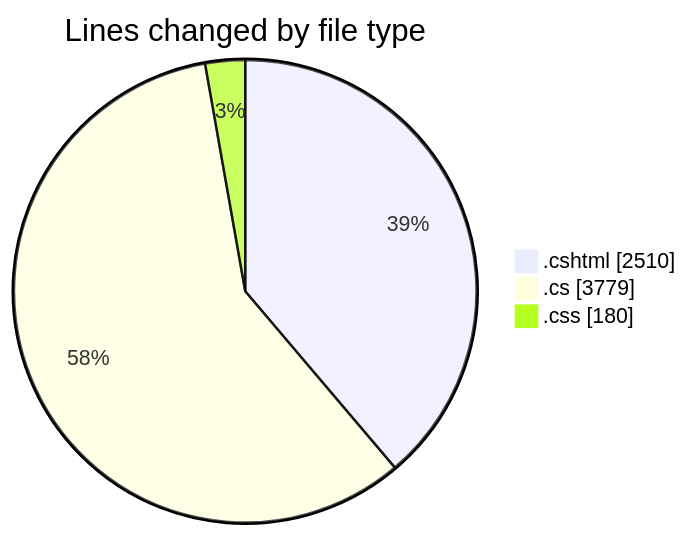
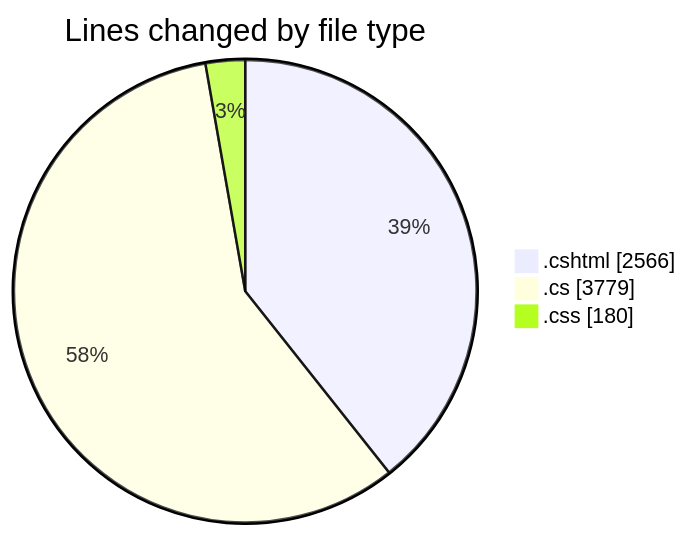
Before and after one commit to lephambinh05/code-tracking: the first of 2 diagrams in 2025-07-17/nhahang/README.md, drawn with Mermaid. The commit also changed other lines of this file and 1 other file, not shown here.

````diff
--- a/2025-07-17/nhahang/README.md
+++ b/2025-07-17/nhahang/README.md
@@ -94,7 +94,7 @@
 ```mermaid
 pie showData
 title Lines changed by file type
-".cshtml" : 2510
+".cshtml" : 2566
 ".cs" : 3779
 ".css" : 180
 ```
````
